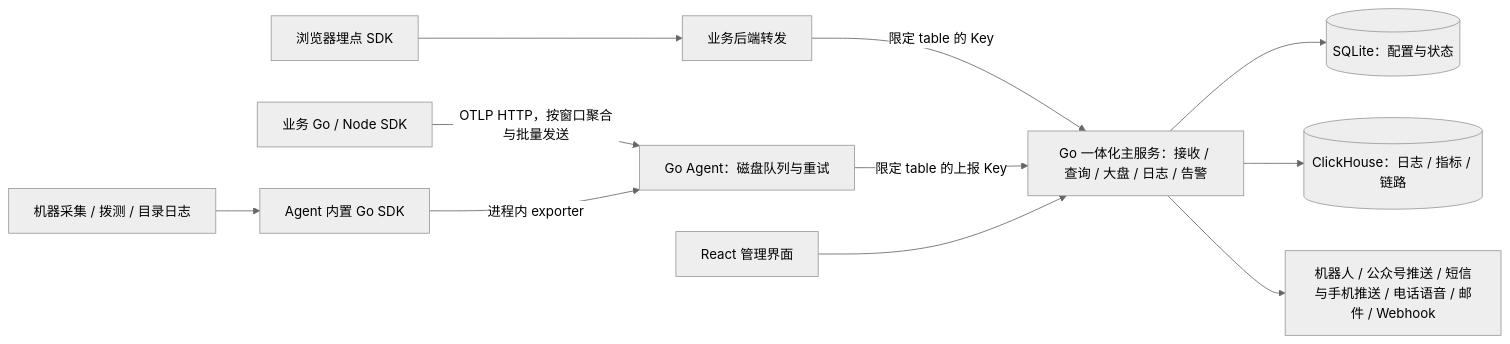
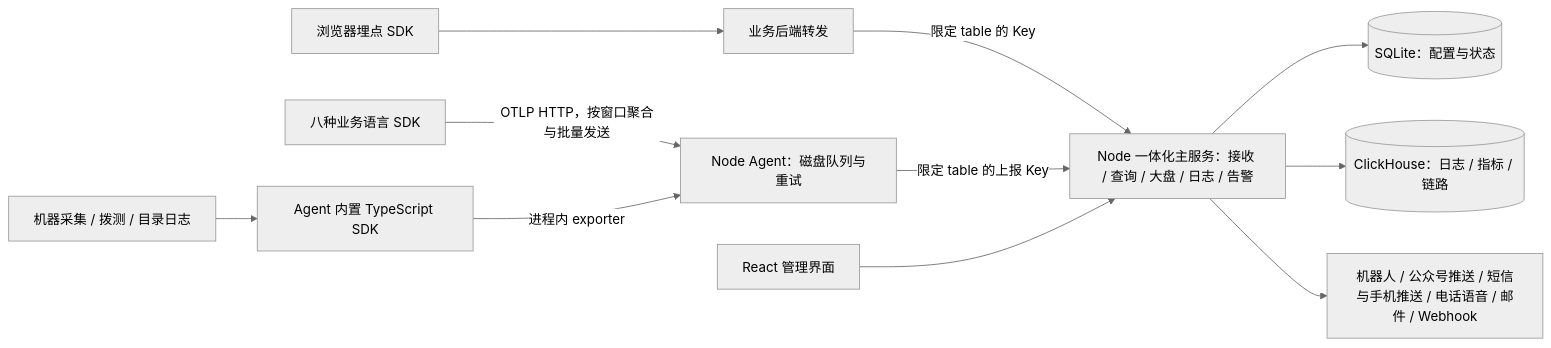
One commit to workhold/lightmoni changed the diagram in docs/architecture.md. Above: the diagram before and after it, drawn with Mermaid (neutral theme). The commit also changed other lines of this file and 254 other files, not shown here.

Commit message:
refactor(runtime): migrate center and agent to Node.js

````diff
--- a/docs/architecture.md
+++ b/docs/architecture.md
@@ -21,13 +22,13 @@
 ```mermaid
 flowchart LR
     B[浏览器埋点 SDK] --> P[业务后端转发]
     P -->|限定 table 的 Key| M
-    S[业务 Go / Node SDK] -->|OTLP HTTP，按窗口聚合与批量发送| A
-    H[机器采集 / 拨测 / 目录日志] --> G[Agent 内置 Go SDK]
+    S[八种业务语言 SDK] -->|OTLP HTTP，按窗口聚合与批量发送| A
+    H[机器采集 / 拨测 / 目录日志] --> G[Agent 内置 TypeScript SDK]
     G -->|进程内 exporter| A
-    A[Go Agent：磁盘队列与重试] -->|限定 table 的上报 Key| M
+    A[Node Agent：磁盘队列与重试] -->|限定 table 的上报 Key| M
     U[React 管理界面] --> M
-    M[Go 一体化主服务：接收 / 查询 / 大盘 / 日志 / 告警] --> Q[(SQLite：配置与状态)]
+    M[Node 一体化主服务：接收 / 查询 / 大盘 / 日志 / 告警] --> Q[(SQLite：配置与状态)]
     M --> C[(ClickHouse：日志 / 指标 / 链路)]
     M --> N[机器人 / 公众号推送 / 短信与手机推送 / 电话语音 / 邮件 / Webhook]
 ```
````
